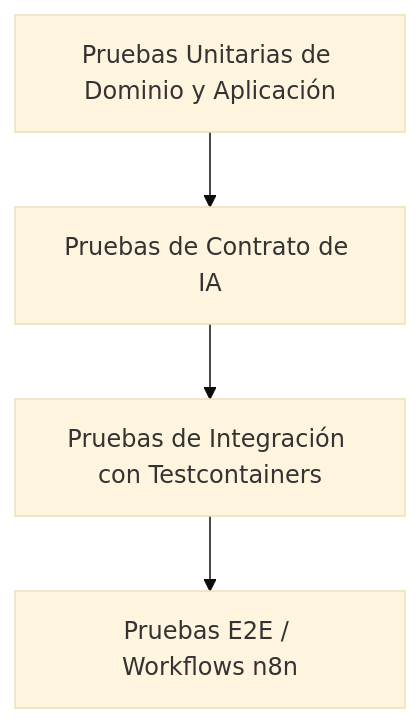
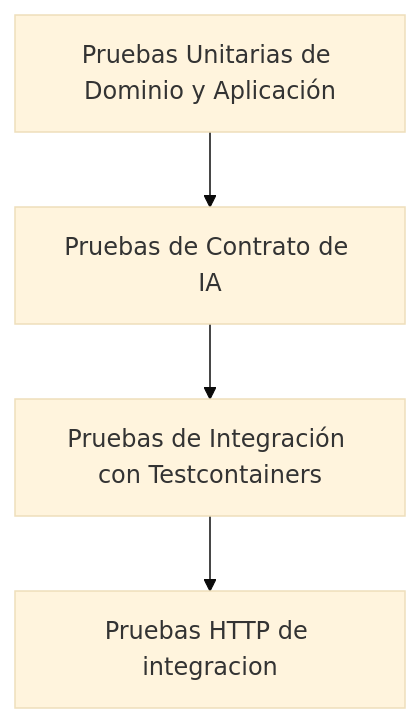
One commit to JspaNexo/azure-ats changed the fifth of 5 diagrams in docs/sdd.md. Above: the diagram before and after it, drawn with Mermaid (base theme). The commit also changed other lines of this file and 76 other files, not shown here.

````diff
--- a/docs/sdd.md
+++ b/docs/sdd.md
@@ -1339,11 +1230,11 @@
 ```mermaid
 flowchart TD
-    E2E[Pruebas E2E / Workflows n8n]
+    E2E[Pruebas HTTP de integracion]
     Integration[Pruebas de Integración con Testcontainers]
     Contract[Pruebas de Contrato de IA]
     Unit[Pruebas Unitarias de Dominio y Aplicación]
 
     Unit --> Contract
     Contract --> Integration
     Integration --> E2E
 ```
````
